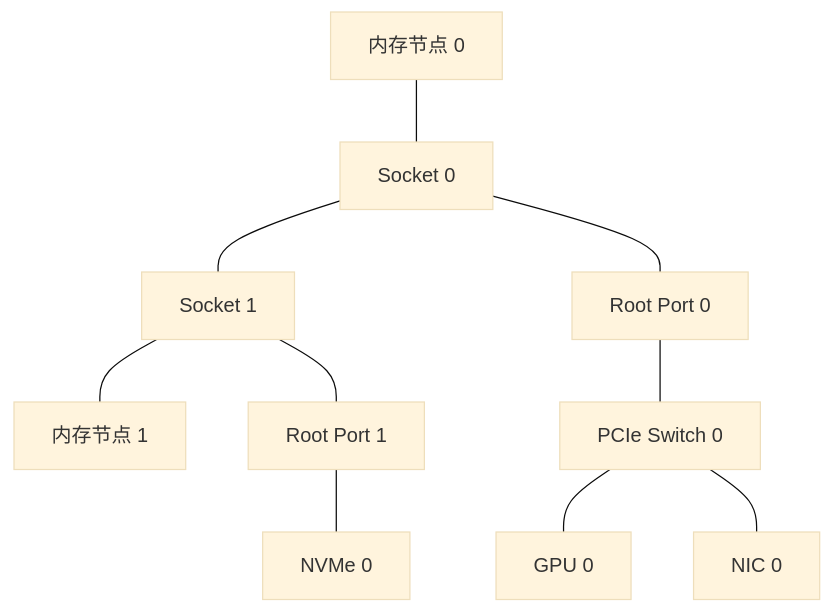
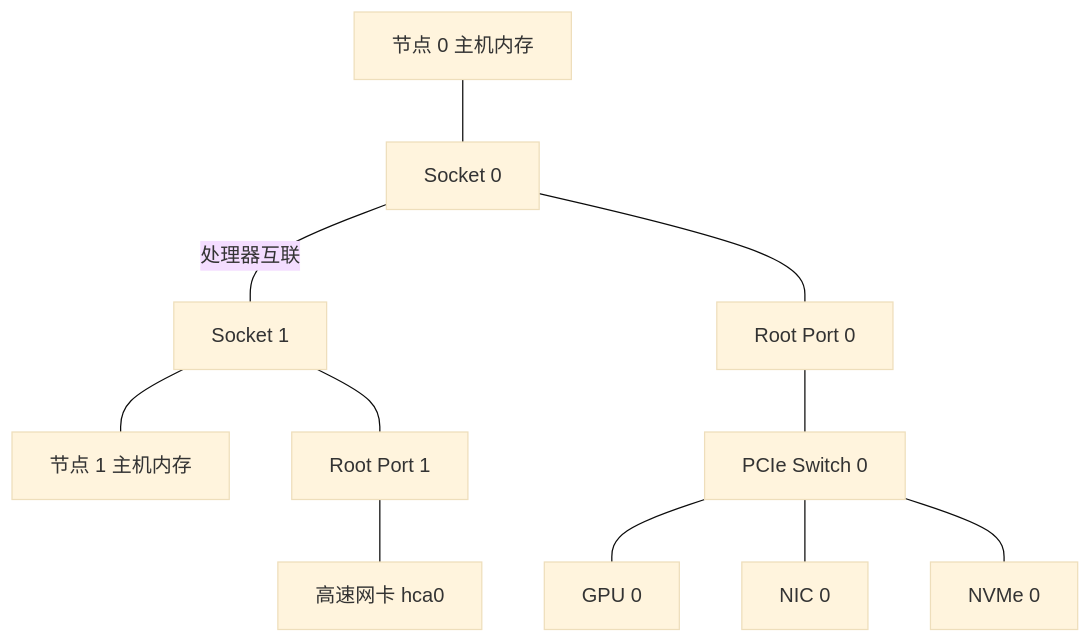
Before and after one commit to realtyz/ops-manual: the diagram in AI-Infra/01_从一台GPU服务器认识基础设施/02_从设备清单画出PCIe和NUMA拓扑.md, drawn with Mermaid (base theme). The commit also changed other lines of this file and 54 other files, not shown here.

````diff
--- a/AI-Infra/01_从一台GPU服务器认识基础设施/02_从设备清单画出PCIe和NUMA拓扑.md
+++ b/AI-Infra/01_从一台GPU服务器认识基础设施/02_从设备清单画出PCIe和NUMA拓扑.md
@@ -9,12 +10,13 @@
 ```mermaid
-flowchart
-    M0[内存节点 0] --- C0[Socket 0]
-    C0 --- C1[Socket 1]
-    C1 --- M1[内存节点 1]
-    C0 --- R0[Root Port 0]
-    R0 --- S0[PCIe Switch 0]
-    S0 --- G0[GPU 0]
-    S0 --- N0[NIC 0]
-    C1 --- R1[Root Port 1]
-    R1 --- D0[NVMe 0]
+flowchart TB
+    M0["节点 0 主机内存"] --- C0["Socket 0"]
+    C0 ---|处理器互联| C1["Socket 1"]
+    C1 --- M1["节点 1 主机内存"]
+    C0 --- R0["Root Port 0"]
+    R0 --- S0["PCIe Switch 0"]
+    S0 --- G0["GPU 0"]
+    S0 --- N0["NIC 0"]
+    S0 --- D0["NVMe 0"]
+    C1 --- R1["Root Port 1"]
+    R1 --- H0["高速网卡 hca0"]
 ```
````
